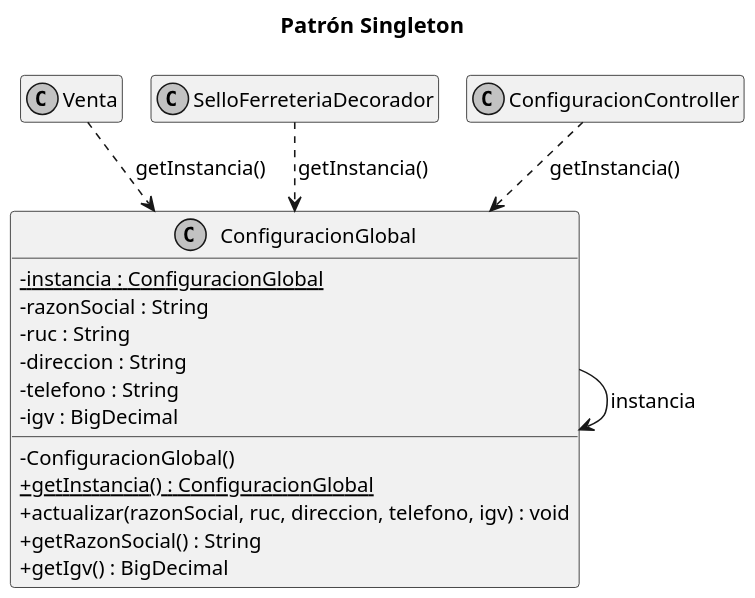
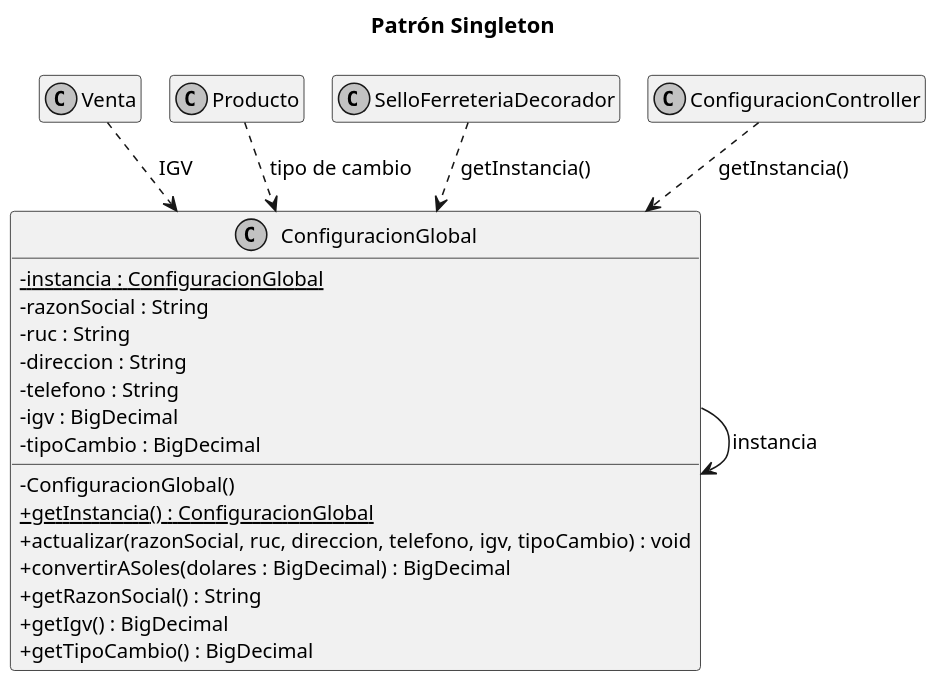
One commit to oropezadev-wq/ferreteria-ventas changed the diagram in docs/uml/2-singleton.puml. Above: the diagram before and after it, drawn with PlantUML. The commit also changed 62 other files, not shown here.

```diff
--- a/docs/uml/2-singleton.puml
+++ b/docs/uml/2-singleton.puml
@@ -1,32 +1,37 @@
 @startuml
 !pragma layout smetana
 skinparam classAttributeIconSize 0
 skinparam dpi 150
 skinparam shadowing false
 skinparam monochrome true
 skinparam defaultFontName Arial
 skinparam defaultFontSize 13
 skinparam packageStyle rectangle
 hide empty members
 title Patrón Singleton
 class ConfiguracionGlobal {
   - {static} instancia : ConfiguracionGlobal
   - razonSocial : String
   - ruc : String
   - direccion : String
   - telefono : String
   - igv : BigDecimal
+  - tipoCambio : BigDecimal
   - ConfiguracionGlobal()
   + {static} getInstancia() : ConfiguracionGlobal
-  + actualizar(razonSocial, ruc, direccion, telefono, igv) : void
+  + actualizar(razonSocial, ruc, direccion, telefono, igv, tipoCambio) : void
+  + convertirASoles(dolares : BigDecimal) : BigDecimal
   + getRazonSocial() : String
   + getIgv() : BigDecimal
+  + getTipoCambio() : BigDecimal
 }
 ConfiguracionGlobal --> ConfiguracionGlobal : instancia
 class Venta
+class Producto
 class SelloFerreteriaDecorador
 class ConfiguracionController
-Venta ..> ConfiguracionGlobal : getInstancia()
+Venta ..> ConfiguracionGlobal : IGV
+Producto ..> ConfiguracionGlobal : tipo de cambio
 SelloFerreteriaDecorador ..> ConfiguracionGlobal : getInstancia()
 ConfiguracionController ..> ConfiguracionGlobal : getInstancia()
 @enduml
```
